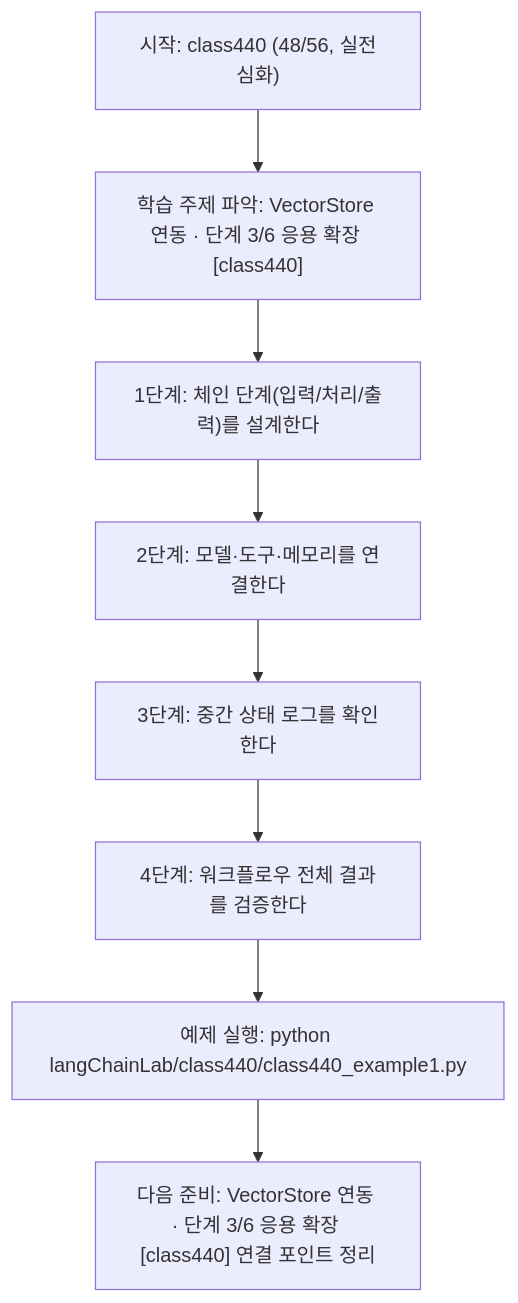
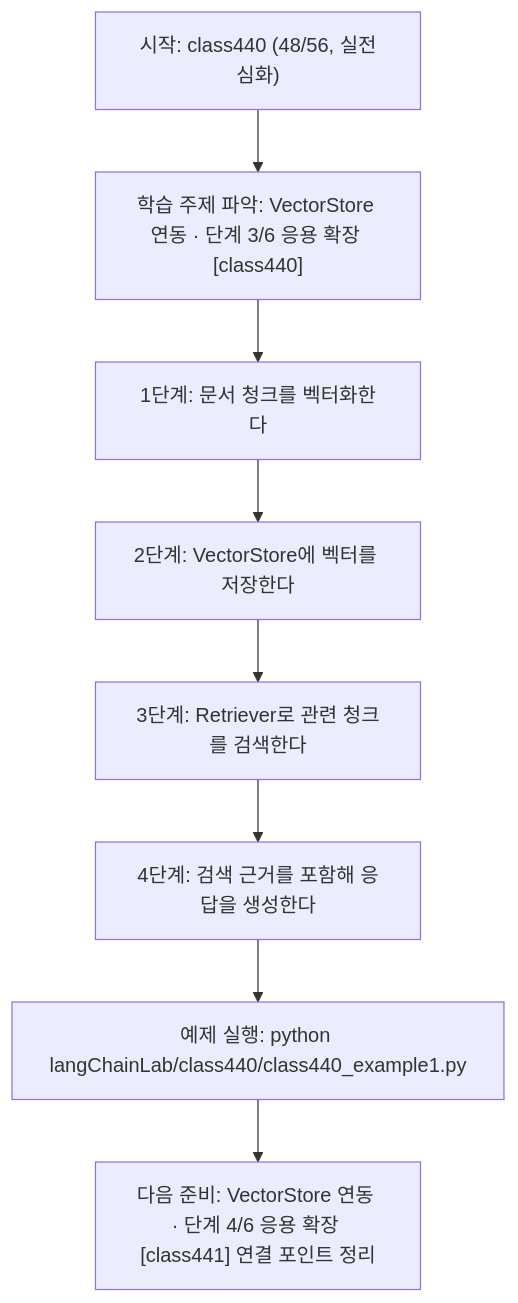
One commit to edumgt/Python-AI_Agent-Class changed the diagram in langChainLab/class440/class440.md. Above: the diagram before and after it, drawn with Mermaid. The commit also changed other lines of this file and 395 other files, not shown here.

````diff
--- a/langChainLab/class440/class440.md
+++ b/langChainLab/class440/class440.md
@@ -109,18 +91,18 @@
 ```mermaid
 flowchart TD
 N1["시작: class440 (48/56, 실전심화)"]
 N2["학습 주제 파악: VectorStore 연동 · 단계 3/6 응용 확장 [class440]"]
-N3["1단계: 체인 단계(입력/처리/출력)를 설계한다"]
-N4["2단계: 모델·도구·메모리를 연결한다"]
-N5["3단계: 중간 상태 로그를 확인한다"]
-N6["4단계: 워크플로우 전체 결과를 검증한다"]
+N3["1단계: 문서 청크를 벡터화한다"]
+N4["2단계: VectorStore에 벡터를 저장한다"]
+N5["3단계: Retriever로 관련 청크를 검색한다"]
+N6["4단계: 검색 근거를 포함해 응답을 생성한다"]
 N7["예제 실행: python langChainLab/class440/class440_example1.py"]
-N8["다음 준비: VectorStore 연동 · 단계 3/6 응용 확장 [class440] 연결 포인트 정리"]
+N8["다음 준비: VectorStore 연동 · 단계 4/6 응용 확장 [class441] 연결 포인트 정리"]
 N1 --> N2
 N2 --> N3
 N3 --> N4
 N4 --> N5
 N5 --> N6
 N6 --> N7
 N7 --> N8
 ```
````
